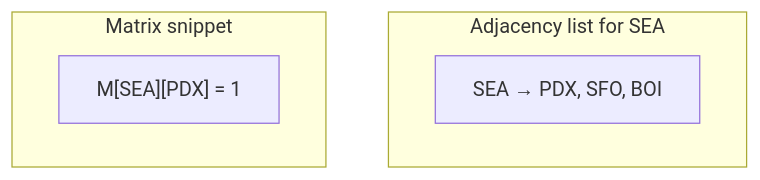
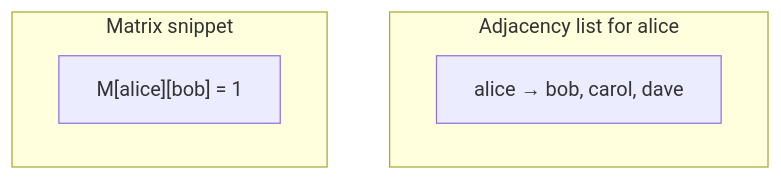
Before and after one commit to qgjones9/python-programming-guide: the second of 6 diagrams in docs/dsa/data-structures/graphs/index.md, drawn with Mermaid. The commit also changed other lines of this file and 31 other files, not shown here.

````diff
--- a/docs/dsa/data-structures/graphs/index.md
+++ b/docs/dsa/data-structures/graphs/index.md
@@ -63,9 +63,9 @@
 ```mermaid
 flowchart TB
-  subgraph list["Adjacency list for SEA"]
-    SEA2["SEA → PDX, SFO, BOI"]
+  subgraph list["Adjacency list for alice"]
+    A2["alice → bob, carol, dave"]
   end
   subgraph matrix["Matrix snippet"]
-    M["M[SEA][PDX] = 1"]
-  end
+    M["M[alice][bob] = 1"]
+ end
 ```
````
